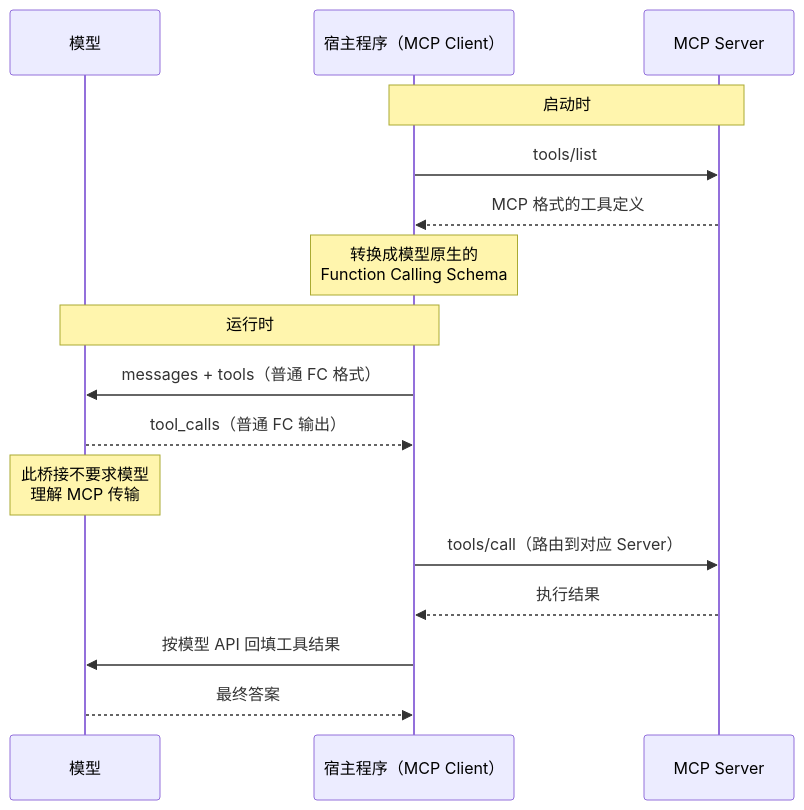
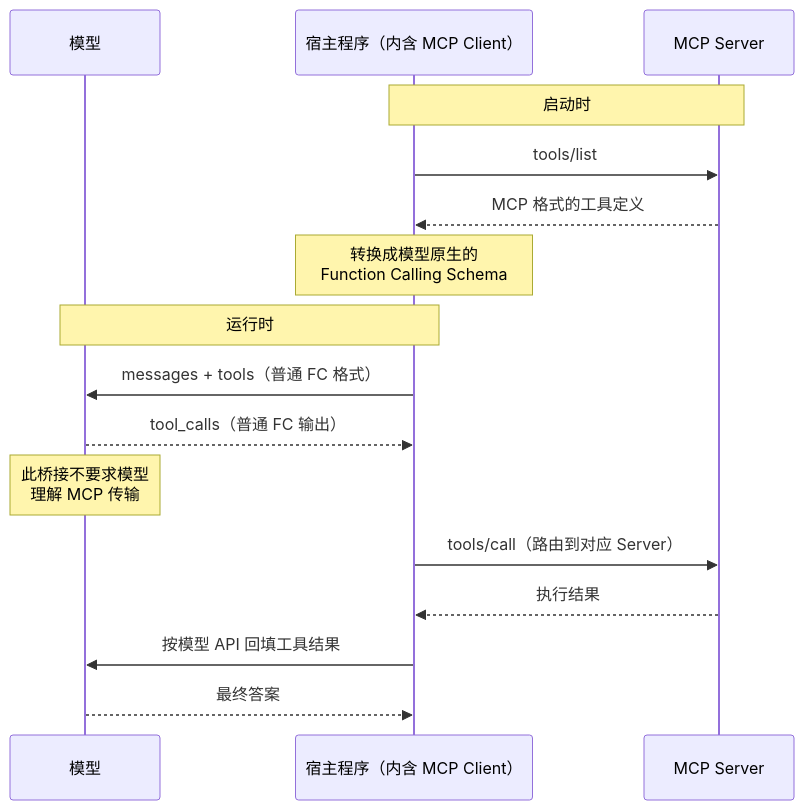
The second of 3 diagrams in docs/tools/02-mcp/06-mcp-vs-function-calling.md (oneleaveknowsthefall/awesome-ai-roadmap), drawn with Mermaid before and after one commit. The commit also changed other lines of this file and 16 other files, not shown here.

````diff
--- a/docs/tools/02-mcp/06-mcp-vs-function-calling.md
+++ b/docs/tools/02-mcp/06-mcp-vs-function-calling.md
@@ -49,20 +49,20 @@
 ```mermaid
 sequenceDiagram
     participant M as 模型
-    participant H as 宿主程序（MCP Client）
+    participant H as 宿主程序（内含 MCP Client）
     participant S as MCP Server
 
     Note over H,S: 启动时
     H->>S: tools/list
     S-->>H: MCP 格式的工具定义
     Note over H: 转换成模型原生的<br/>Function Calling Schema
 
     Note over M,H: 运行时
     H->>M: messages + tools（普通 FC 格式）
     M-->>H: tool_calls（普通 FC 输出）
     Note over M: 此桥接不要求模型<br/>理解 MCP 传输
     H->>S: tools/call（路由到对应 Server）
     S-->>H: 执行结果
     H->>M: 按模型 API 回填工具结果
     M-->>H: 最终答案
 ```
````
